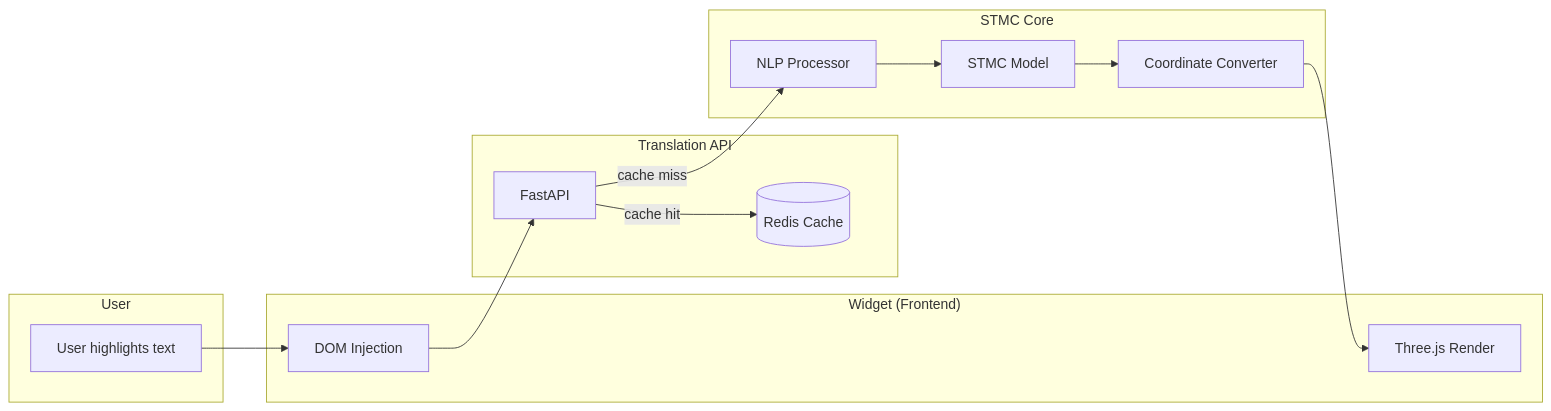
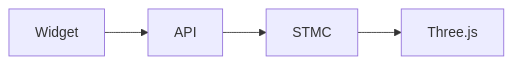
One commit to arananet/SignFlow changed the first of 2 diagrams in README.md. Above: the diagram before and after it, drawn with Mermaid. The commit also changed other lines of this file, not shown here.

Commit message:
Simplify mermaid diagrams for GitHub

````diff
--- a/README.md
+++ b/README.md
@@ -55,29 +55,6 @@
 ```mermaid
-flowchart LR
-    subgraph User
-        Text[User highlights text]
-    end
-    
-    subgraph Widget["Widget (Frontend)"]
-        DOM[DOM Injection]
-        Three[Three.js Render]
-    end
-    
-    subgraph API["Translation API"]
-        Fast[FastAPI]
-        Redis[(Redis Cache)]
-    end
-    
-    subgraph ML["STMC Core"]
-        NLP[NLP Processor]
-        STMC[STMC Model]
-        Convert[Coordinate Converter]
-    end
-    
-    Text --> DOM --> Fast
-    Fast -->|cache hit| Redis
-    Fast -->|cache miss| NLP
-    NLP --> STMC
-    STMC --> Convert
-    Convert --> Three
+graph LR
+    A[Widget] --> B[API]
+    B --> C[STMC]
+    C --> D[Three.js]
 ```
````
